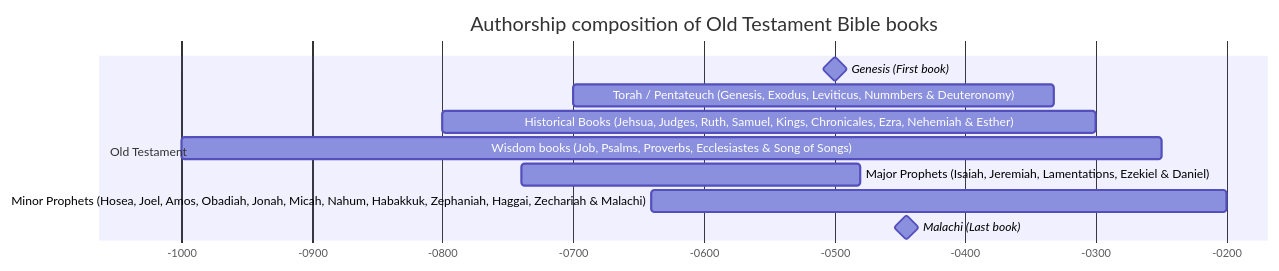
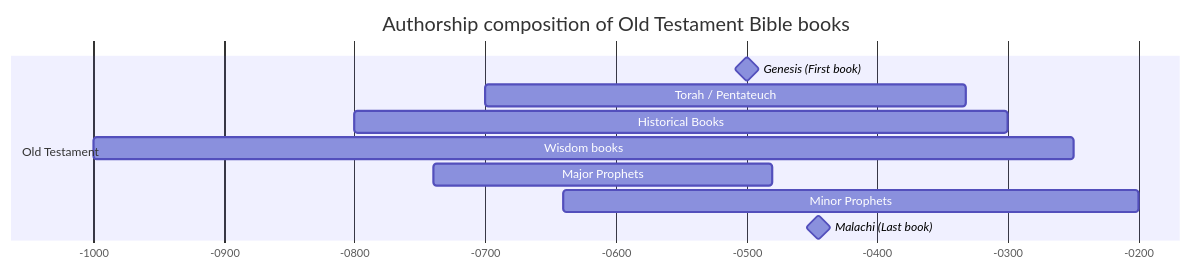
The first of 3 diagrams in bible/index.md (mibstar-ventures/thechosen), drawn with Mermaid before and after one commit. The commit also changed other lines of this file, not shown here.

Commit message:
Missing mermaid class and general formatting.

```diff
--- a/bible/index.md
+++ b/bible/index.md
@@ -67,15 +68,15 @@
 <pre class="mermaid">
 gantt
     dateFormat  YYYY-MM-DD
     title       Authorship composition of Old Testament Bible books
     axisFormat %Y
         
     section Old Testament
-        Genesis (First book) : milestone, -000500, 0y
-        Torah / Pentateuch (Genesis, Exodus, Leviticus, Nummbers & Deuteronomy)  : -000700, 368y
-        Historical Books (Jehsua, Judges, Ruth, Samuel, Kings, Chronicales, Ezra, Nehemiah & Esther) : -000800, 500y
-        Wisdom books (Job, Psalms, Proverbs, Ecclesiastes & Song of Songs) : -001000, 750y  
-        Major Prophets (Isaiah, Jeremiah, Lamentations, Ezekiel & Daniel) : -000740, 260y
-        Minor Prophets (Hosea, Joel, Amos, Obadiah, Jonah, Micah, Nahum, Habakkuk, Zephaniah, Haggai, Zechariah & Malachi) : -000640, 440y
-        Malachi (Last book) : milestone, -000460, 30y
+        Genesis (First book)    : milestone, -000500, 0y
+        Torah / Pentateuch      : -000700, 368y
+        Historical Books        : -000800, 500y
+        Wisdom books            : -001000, 750y  
+        Major Prophets          : -000740, 260y
+        Minor Prophets          : -000640, 440y
+        Malachi (Last book)     : milestone, -000460, 30y
 </pre>
```
